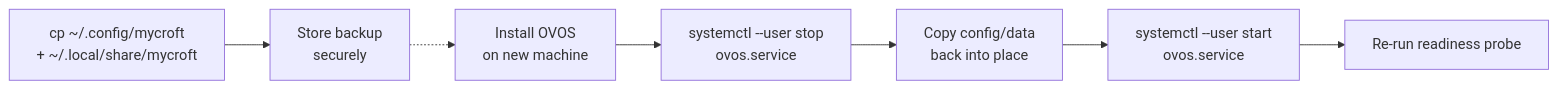
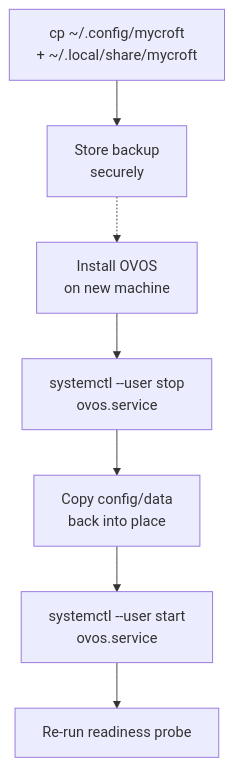
The first of 2 diagrams in docs/production-operations.md (OpenVoiceOS/beta-technical-manual), drawn with Mermaid before and after one commit. The commit also changed other lines of this file and 19 other files, not shown here.

First line of the commit message:
docs: fit diagrams to the content column; arena live URL

````diff
--- a/docs/production-operations.md
+++ b/docs/production-operations.md
@@ -251,9 +251,9 @@
 ```mermaid
-flowchart LR
-    Backup["cp ~/.config/mycroft\n+ ~/.local/share/mycroft"] --> Store[Store backup\nsecurely]
-    Store -.-> Install[Install OVOS\non new machine]
-    Install --> Stop["systemctl --user stop\novos.service"]
-    Stop --> CopyBack[Copy config/data\nback into place]
-    CopyBack --> Restart["systemctl --user start\novos.service"]
+flowchart TD
+    Backup["cp ~/.config/mycroft<br/>+ ~/.local/share/mycroft"] --> Store[Store backup<br/>securely]
+    Store -.-> Install[Install OVOS<br/>on new machine]
+    Install --> Stop["systemctl --user stop<br/>ovos.service"]
+    Stop --> CopyBack[Copy config/data<br/>back into place]
+    CopyBack --> Restart["systemctl --user start<br/>ovos.service"]
     Restart --> Probe[Re-run readiness probe]
 ```
````
